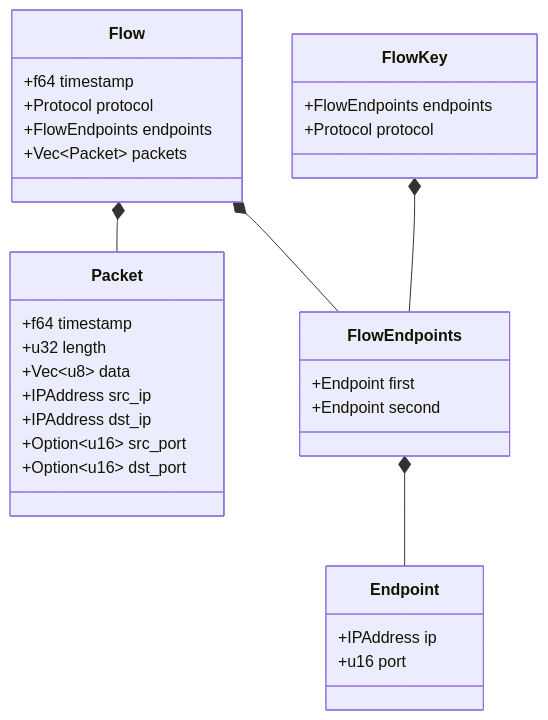
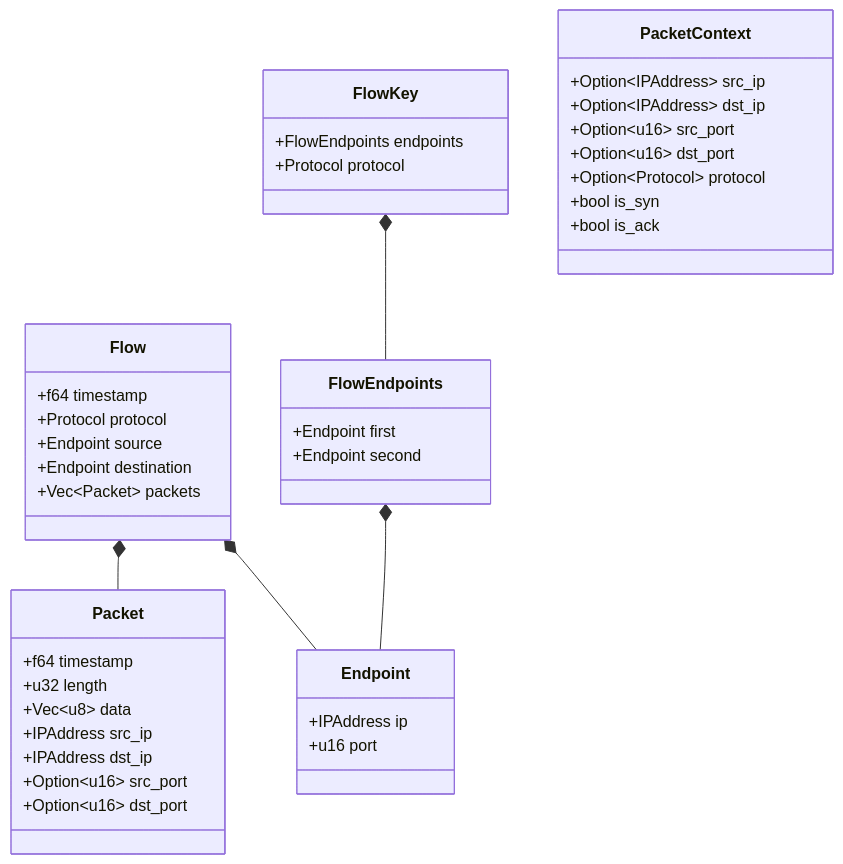
The first of 3 diagrams in architecture.md (ehaughee/wirecrab), drawn with Mermaid before and after one commit. The commit also changed other lines of this file and 6 other files, not shown here.

Commit message:
maint: Refactor parsing logic to use extensible layered architecture

````diff
--- a/architecture.md
+++ b/architecture.md
@@ -11,35 +11,45 @@
 ```mermaid
 classDiagram
     class Flow {
         +f64 timestamp
         +Protocol protocol
-        +FlowEndpoints endpoints
+        +Endpoint source
+        +Endpoint destination
         +Vec~Packet~ packets
     }
     class Packet {
         +f64 timestamp
         +u32 length
         +Vec~u8~ data
         +IPAddress src_ip
         +IPAddress dst_ip
         +Option~u16~ src_port
         +Option~u16~ dst_port
     }
     class FlowKey {
         +FlowEndpoints endpoints
         +Protocol protocol
     }
     class FlowEndpoints {
         +Endpoint first
         +Endpoint second
     }
     class Endpoint {
         +IPAddress ip
         +u16 port
     }
+    class PacketContext {
+        +Option~IPAddress~ src_ip
+        +Option~IPAddress~ dst_ip
+        +Option~u16~ src_port
+        +Option~u16~ dst_port
+        +Option~Protocol~ protocol
+        +bool is_syn
+        +bool is_ack
+    }
 
-    Flow *-- FlowEndpoints
+    Flow *-- Endpoint
     Flow *-- Packet
     FlowKey *-- FlowEndpoints
     FlowEndpoints *-- Endpoint
 ```
````
